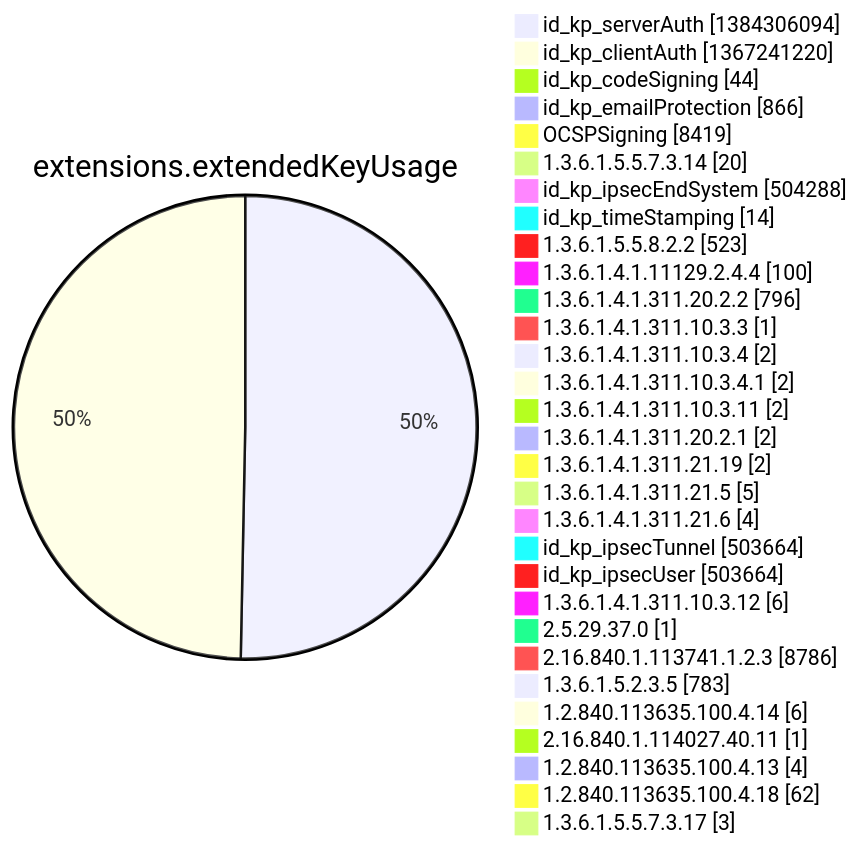
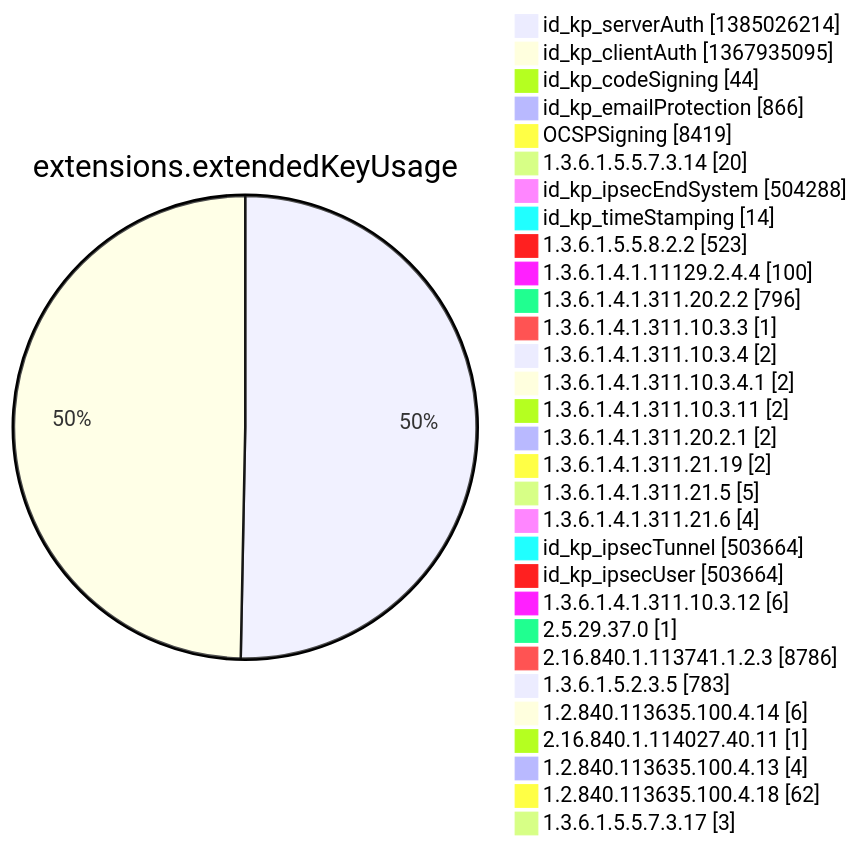
One commit to christiankrug/ctmonitor_visualization changed diagram 12 of 15 in argon2022/README.md. Above: the diagram before and after it, drawn with Mermaid. The commit also changed other lines of this file, not shown here.

````diff
--- a/argon2022/README.md
+++ b/argon2022/README.md
@@ -3554,34 +3554,34 @@
 ```mermaid
 pie showData
 title extensions.extendedKeyUsage
-"id_kp_serverAuth" :1384306094
-"id_kp_clientAuth" :1367241220
+"id_kp_serverAuth" :1385026214
+"id_kp_clientAuth" :1367935095
 "id_kp_codeSigning" :44
 "id_kp_emailProtection" :866
 "OCSPSigning" :8419
 "1.3.6.1.5.5.7.3.14" :20
 "id_kp_ipsecEndSystem" :504288
 "id_kp_timeStamping" :14
 "1.3.6.1.5.5.8.2.2" :523
 "1.3.6.1.4.1.11129.2.4.4" :100
 "1.3.6.1.4.1.311.20.2.2" :796
 "1.3.6.1.4.1.311.10.3.3" :1
 "1.3.6.1.4.1.311.10.3.4" :2
 "1.3.6.1.4.1.311.10.3.4.1" :2
 "1.3.6.1.4.1.311.10.3.11" :2
 "1.3.6.1.4.1.311.20.2.1" :2
 "1.3.6.1.4.1.311.21.19" :2
 "1.3.6.1.4.1.311.21.5" :5
 "1.3.6.1.4.1.311.21.6" :4
 "id_kp_ipsecTunnel" :503664
 "id_kp_ipsecUser" :503664
 "1.3.6.1.4.1.311.10.3.12" :6
 "2.5.29.37.0" :1
 "2.16.840.1.113741.1.2.3" :8786
 "1.3.6.1.5.2.3.5" :783
 "1.2.840.113635.100.4.14" :6
 "2.16.840.1.114027.40.11" :1
 "1.2.840.113635.100.4.13" :4
 "1.2.840.113635.100.4.18" :62
 "1.3.6.1.5.5.7.3.17" :3
 ```
````
